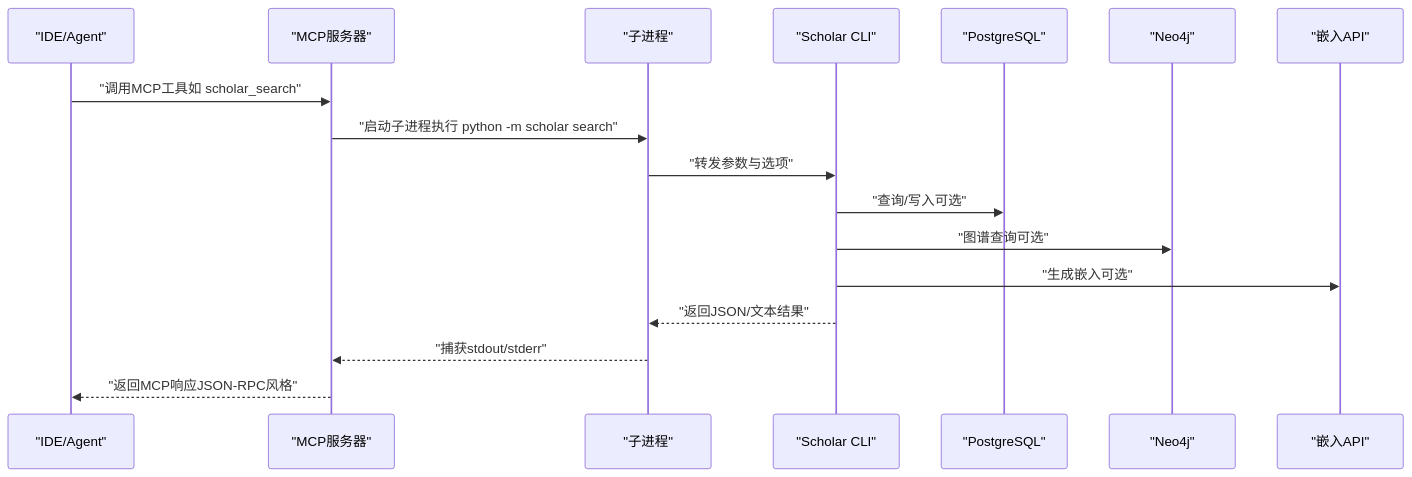
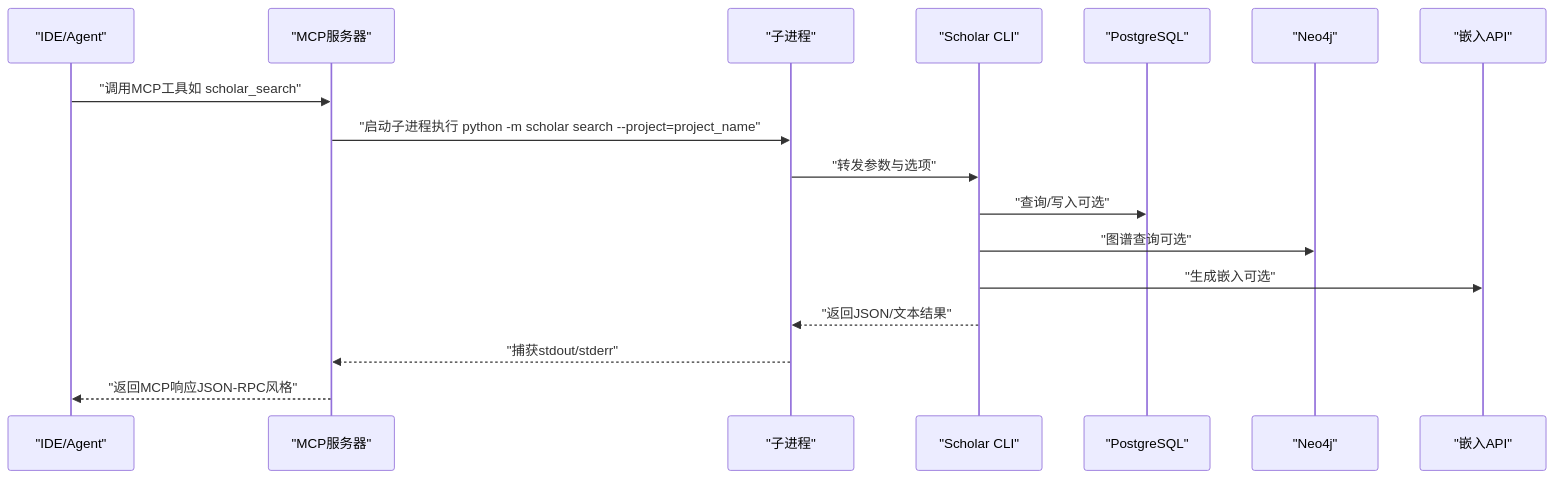
The second of 9 diagrams in .qoder/repowiki/zh/content/MCP服务系统/MCP服务系统.md (1173591564/academic-based-qoder), drawn with Mermaid before and after one commit. The commit also changed other lines of this file and 68 other files, not shown here.

````diff
--- a/.qoder/repowiki/zh/content/MCP服务系统/MCP服务系统.md
+++ b/.qoder/repowiki/zh/content/MCP服务系统/MCP服务系统.md
@@ -102,19 +119,19 @@
 ```mermaid
 sequenceDiagram
 participant IDE as "IDE/Agent"
 participant MCP as "MCP服务器"
 participant PROC as "子进程"
 participant CLI as "Scholar CLI"
 participant DB as "PostgreSQL"
 participant GRAPH as "Neo4j"
 participant EMB as "嵌入API"
 IDE->>MCP : "调用MCP工具如 scholar_search"
-MCP->>PROC : "启动子进程执行 python -m scholar search"
+MCP->>PROC : "启动子进程执行 python -m scholar search --project=project_name"
 PROC->>CLI : "转发参数与选项"
 CLI->>DB : "查询/写入可选"
 CLI->>GRAPH : "图谱查询可选"
 CLI->>EMB : "生成嵌入可选"
 CLI-->>PROC : "返回JSON/文本结果"
 PROC-->>MCP : "捕获stdout/stderr"
 MCP-->>IDE : "返回MCP响应JSON-RPC风格"
 ```
````
